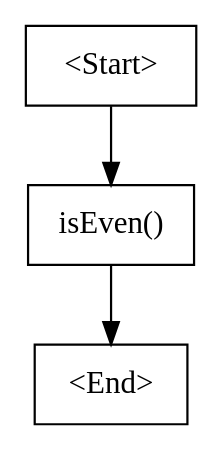
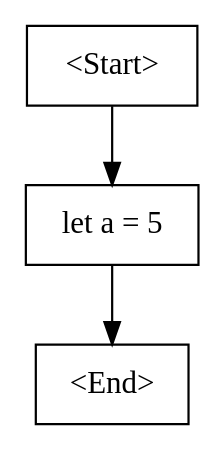
The diagram in InterpreterCSharp/bin/Debug/net8.0/cfg.dot (Aylin-ai/CompilerCSharp), drawn with Graphviz before and after one commit. The commit also changed 45 other files, not shown here.

```diff
--- a/InterpreterCSharp/bin/Debug/net8.0/cfg.dot
+++ b/InterpreterCSharp/bin/Debug/net8.0/cfg.dot
@@ -1,7 +1,7 @@
 digraph G {
     N0 [label = "<Start>", shape = box]
-    N1 [label = "isEven()", shape = box]
+    N1 [label = "let a = 5", shape = box]
     N2 [label = "<End>", shape = box]
     N0 -> N1 [label = ""]
     N1 -> N2 [label = ""]
 }
```
